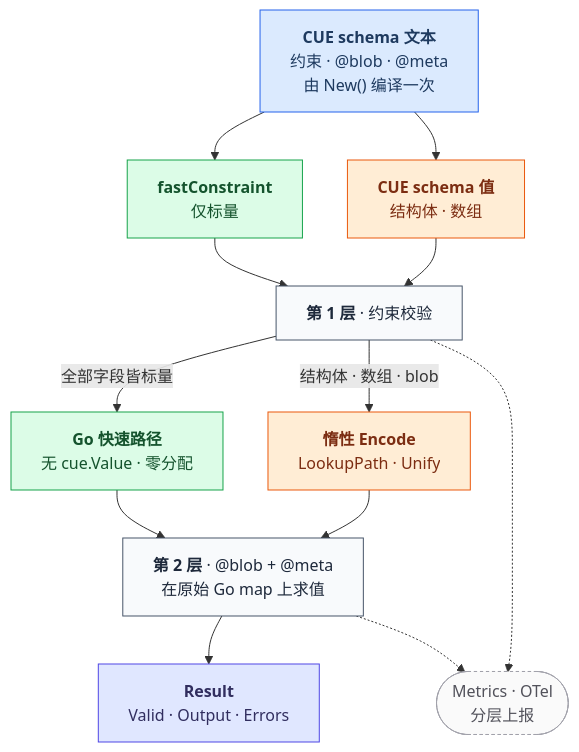
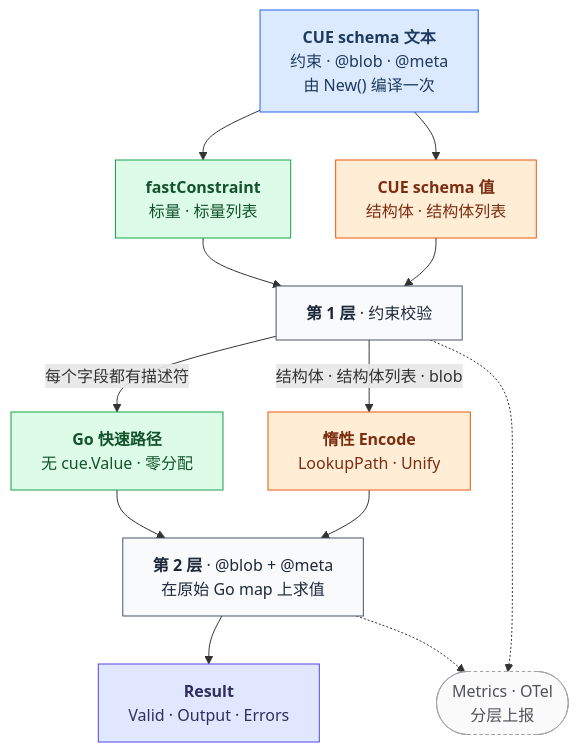
The diagram in README_zh.md (mredencom/schemix), drawn with Mermaid before and after one commit. The commit also changed other lines of this file and 3 other files, not shown here.

````diff
--- a/README_zh.md
+++ b/README_zh.md
@@ -22,28 +22,28 @@
 ```mermaid
 %%{init: {'flowchart': {'wrappingWidth': 340, 'curve': 'basis', 'nodeSpacing': 45, 'rankSpacing': 48}}}%%
 graph TD
     SRC["<b>CUE schema 文本</b><br/>约束 · @blob · @meta<br/>由 New() 编译一次"]:::schema
 
-    SRC --> FAST["<b>fastConstraint</b><br/>仅标量"]:::fast
-    SRC --> CV["<b>CUE schema 值</b><br/>结构体 · 数组"]:::slow
+    SRC --> FAST["<b>fastConstraint</b><br/>标量 · 标量列表"]:::fast
+    SRC --> CV["<b>CUE schema 值</b><br/>结构体 · 结构体列表"]:::slow
 
     FAST --> L1["<b>第 1 层</b> · 约束校验"]:::layer
     CV --> L1
 
-    L1 -->|全部字段皆标量| Z["<b>Go 快速路径</b><br/>无 cue.Value · 零分配"]:::fast
-    L1 -->|结构体 · 数组 · blob| E["<b>惰性 Encode</b><br/>LookupPath · Unify"]:::slow
+    L1 -->|每个字段都有描述符| Z["<b>Go 快速路径</b><br/>无 cue.Value · 零分配"]:::fast
+    L1 -->|结构体 · 结构体列表 · blob| E["<b>惰性 Encode</b><br/>LookupPath · Unify"]:::slow
 
     Z --> L2["<b>第 2 层</b> · @blob + @meta<br/>在原始 Go map 上求值"]:::layer
     E --> L2
 
     L2 --> R["<b>Result</b><br/>Valid · Output · Errors"]:::result
     L1 -.-> OBS(["Metrics · OTel<br/>分层上报"]):::obs
     L2 -.-> OBS
 
     classDef schema fill:#dbeafe,stroke:#2563eb,color:#1e3a5f
     classDef fast fill:#dcfce7,stroke:#16a34a,color:#14532d
     classDef slow fill:#ffedd5,stroke:#ea580c,color:#7c2d12
     classDef layer fill:#f8fafc,stroke:#475569,color:#1e293b
     classDef result fill:#e0e7ff,stroke:#4f46e5,color:#312e5f
     classDef obs fill:#fafafa,stroke:#a1a1aa,stroke-dasharray:3 3,color:#52525b
 ```
````
